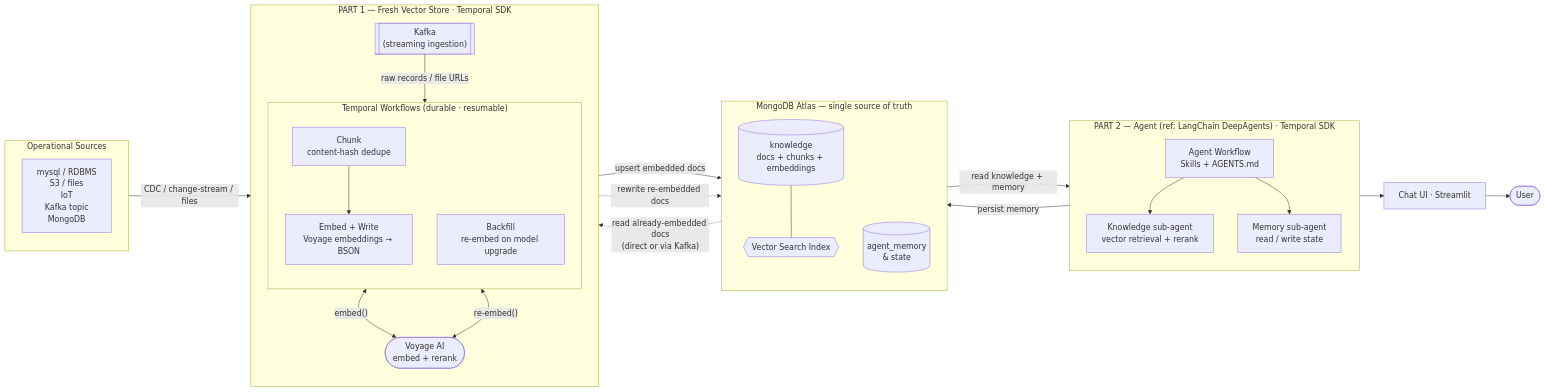
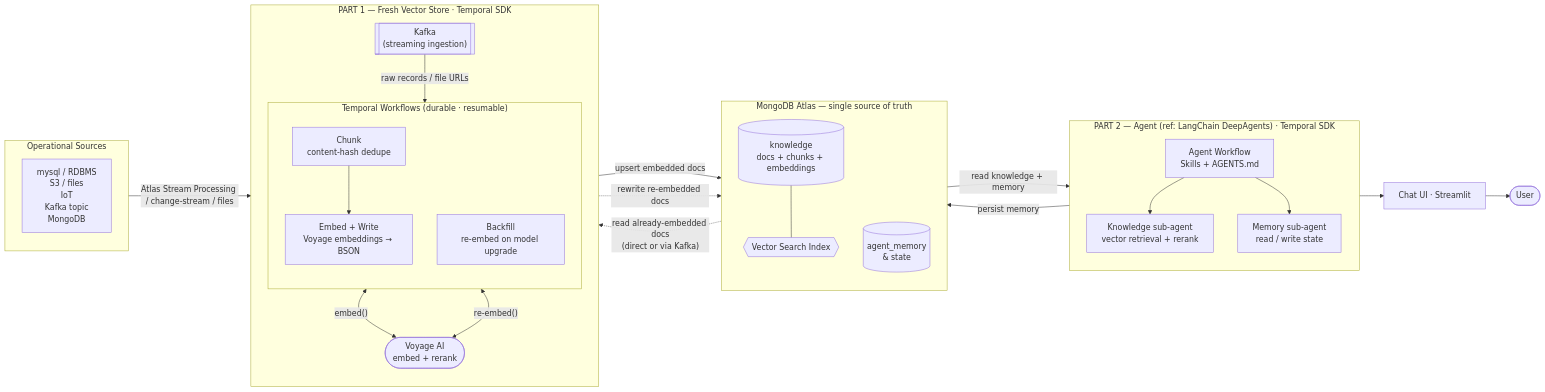
One commit to mongodb-partners/mdb-temporal-pra changed the first of 3 diagrams in README.md. Above: the diagram before and after it, drawn with Mermaid. The commit also changed other lines of this file, not shown here.

Commit message:
use atlas steam processing

````diff
--- a/README.md
+++ b/README.md
@@ -63,61 +63,61 @@
 ```mermaid
 flowchart LR
 
     %% ---------- PART 1: Temporal SDK pipeline ----------
     subgraph P1["PART 1 — Fresh Vector Store · Temporal SDK"]
         direction TB
         KAFKA[["Kafka<br/>(streaming ingestion)"]]
         subgraph WF["Temporal Workflows (durable · resumable)"]
             direction TB
             CHUNK["Chunk<br/>content-hash dedupe"]
             EMBED["Embed + Write<br/>Voyage embeddings → BSON"]
             BACKFILL["Backfill<br/>re-embed on model upgrade"]
             CHUNK --> EMBED
         end
         VOYAGE(["Voyage AI<br/>embed + rerank"])
 
         KAFKA -->|raw records / file URLs| CHUNK
         EMBED <-->|"embed()"| VOYAGE
         BACKFILL <-->|"re-embed()"| VOYAGE
     end
 
     %% ---------- MongoDB Atlas (center of gravity) ----------
     subgraph ATLAS["MongoDB Atlas — single source of truth"]
         direction TB
         KB[("knowledge<br/>docs + chunks + embeddings")]
         VS{{Vector Search Index}}
         MEM[("agent_memory<br/>& state")]
         KB --- VS
     end
 
     %% ---------- PART 2: framework-neutral agent ----------
     subgraph P2["PART 2 — Agent (ref: LangChain DeepAgents) · Temporal SDK"]
         direction TB
         AGENT["Agent Workflow<br/>Skills + AGENTS.md"]
         KAGT["Knowledge sub-agent<br/>vector retrieval + rerank"]
         MAGT["Memory sub-agent<br/>read / write state"]
         AGENT --> KAGT
         AGENT --> MAGT
     end
 
     %% ---------- Sources  ----------
     subgraph SRC["Operational Sources"]
         direction TB
         SRCLIST["mysql / RDBMS<br/>S3 / files<br/>IoT<br/>Kafka topic<br/>MongoDB"]
     end
 
     UI["Chat UI · Streamlit"]
     USER([User])
 
     %% ---------- spine edges (left → right) ----------
-    SRC -->|"CDC / change-stream / files"| KAFKA
+    SRC -->|"Atlas Stream Processing / change-stream / files"| KAFKA
     EMBED -->|"upsert embedded docs"| KB
     VS -->|"read knowledge + memory"| KAGT
     MAGT -->|"persist memory"| MEM
     P2 --> UI
     UI --> USER
 
     %% ---------- backfill loop: read Atlas → re-embed → write back ----------
     KB -.->|"read already-embedded docs<br/>(direct or via Kafka)"| BACKFILL
     BACKFILL -.->|"rewrite re-embedded docs"| KB
 ```
````
